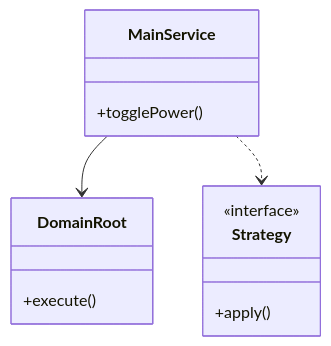
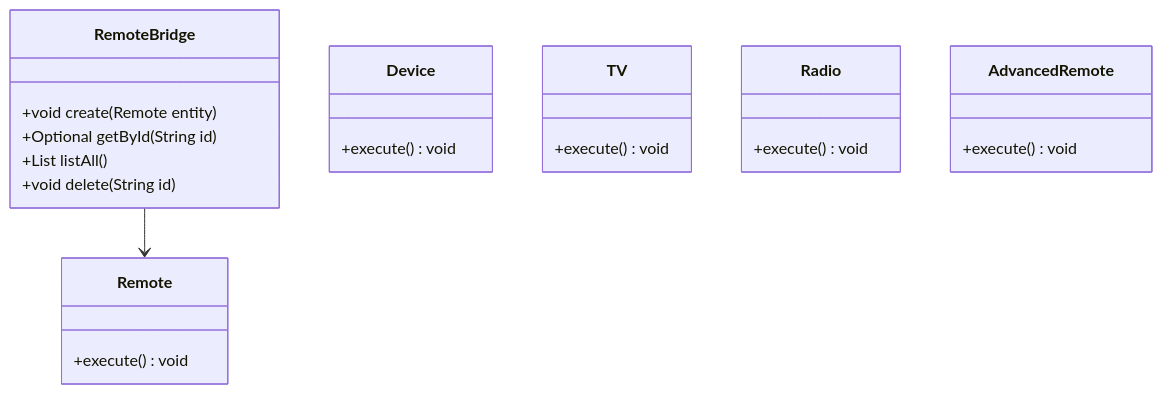
Before and after one commit to madhupaila/Interview-Prep-SSE: the first of 3 diagrams in Learn/System Design - Low Level Design/03-design-patterns/questions/Q12-bridge-remote-control.md, drawn with Mermaid. The commit also changed other lines of this file and 491 other files, not shown here.

````diff
--- a/Learn/System Design - Low Level Design/03-design-patterns/questions/Q12-bridge-remote-control.md
+++ b/Learn/System Design - Low Level Design/03-design-patterns/questions/Q12-bridge-remote-control.md
@@ -74,15 +92,25 @@
 ```mermaid
 classDiagram
-    class MainService {
-        +togglePower()
+    class RemoteBridge {
+        +void create(Remote entity)
+        +Optional<Remote> getById(String id)
+        +List<Remote> listAll()
+        +void delete(String id)
     }
-    class DomainRoot {
-        +execute()
+    class Remote {
+        +execute() void
     }
-    class Strategy {
-        <<interface>>
-        +apply()
+    class Device {
+        +execute() void
     }
-    MainService --> DomainRoot
-    MainService ..> Strategy
+    class TV {
+        +execute() void
+    }
+    class Radio {
+        +execute() void
+    }
+    class AdvancedRemote {
+        +execute() void
+    }
+    RemoteBridge --> Remote
 ```
````
